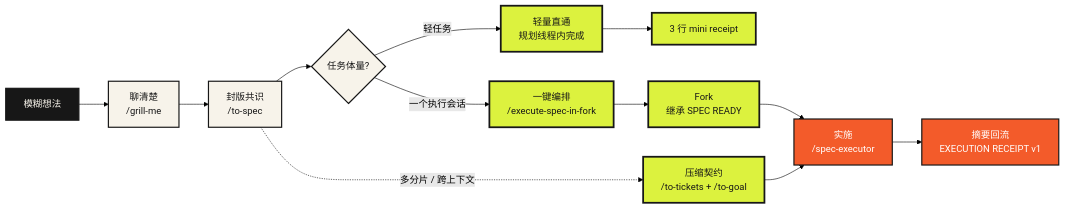
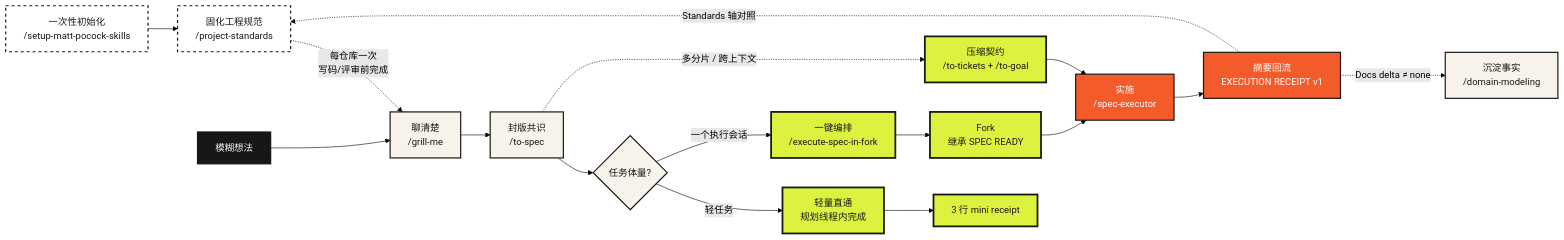
Before and after one commit to opsbli/sam-skills: the diagram in README.md, drawn with Mermaid (forest theme). The commit also changed other lines of this file, not shown here.

First line of the commit message:
docs: pin project-standards into the setup sequence, expand to-goal usage

````diff
--- a/README.md
+++ b/README.md
@@ -40,24 +41,30 @@
 ```mermaid
 flowchart LR
+    setup["一次性初始化<br/>/setup-matt-pocock-skills"] --> standards["固化工程规范<br/>/project-standards"]
+    standards -. "每仓库一次<br/>写码/评审前完成" .-> grill
     idea["模糊想法"] --> grill["聊清楚<br/>/grill-me"]
     grill --> spec["封版共识<br/>/to-spec"]
     spec --> route{"任务体量?"}
     route -- "轻任务" --> express["轻量直通<br/>规划线程内完成"]
     express --> mini["3 行 mini receipt"]
     route -- "一个执行会话" --> orchestrate["一键编排<br/>/execute-spec-in-fork"]
     orchestrate --> fork["Fork<br/>继承 SPEC READY"]
     fork --> execute["实施<br/>/spec-executor"]
     execute --> receipt["摘要回流<br/>EXECUTION RECEIPT v1"]
     spec -. "多分片 / 跨上下文" .-> goal["压缩契约<br/>/to-tickets + /to-goal"]
     goal --> execute
+    receipt -. "Docs delta ≠ none" .-> settle["沉淀事实<br/>/domain-modeling"]
+    receipt -. "Standards 轴对照" .-> standards
 
     classDef source fill:#171717,color:#F7F3EA,stroke:#171717,stroke-width:2px;
     classDef plan fill:#F7F3EA,color:#171717,stroke:#171717,stroke-width:2px;
     classDef contract fill:#DCF23E,color:#171717,stroke:#171717,stroke-width:3px;
     classDef action fill:#F35B2A,color:#FFFFFF,stroke:#171717,stroke-width:2px;
+    classDef init fill:#FFFFFF,color:#171717,stroke:#171717,stroke-width:2px,stroke-dasharray:5 5;
 
     class idea source;
-    class grill,spec,route plan;
+    class grill,spec,route,settle plan;
     class orchestrate,fork,goal,express,mini contract;
     class execute,receipt action;
+    class setup,standards init;
 ```
````
